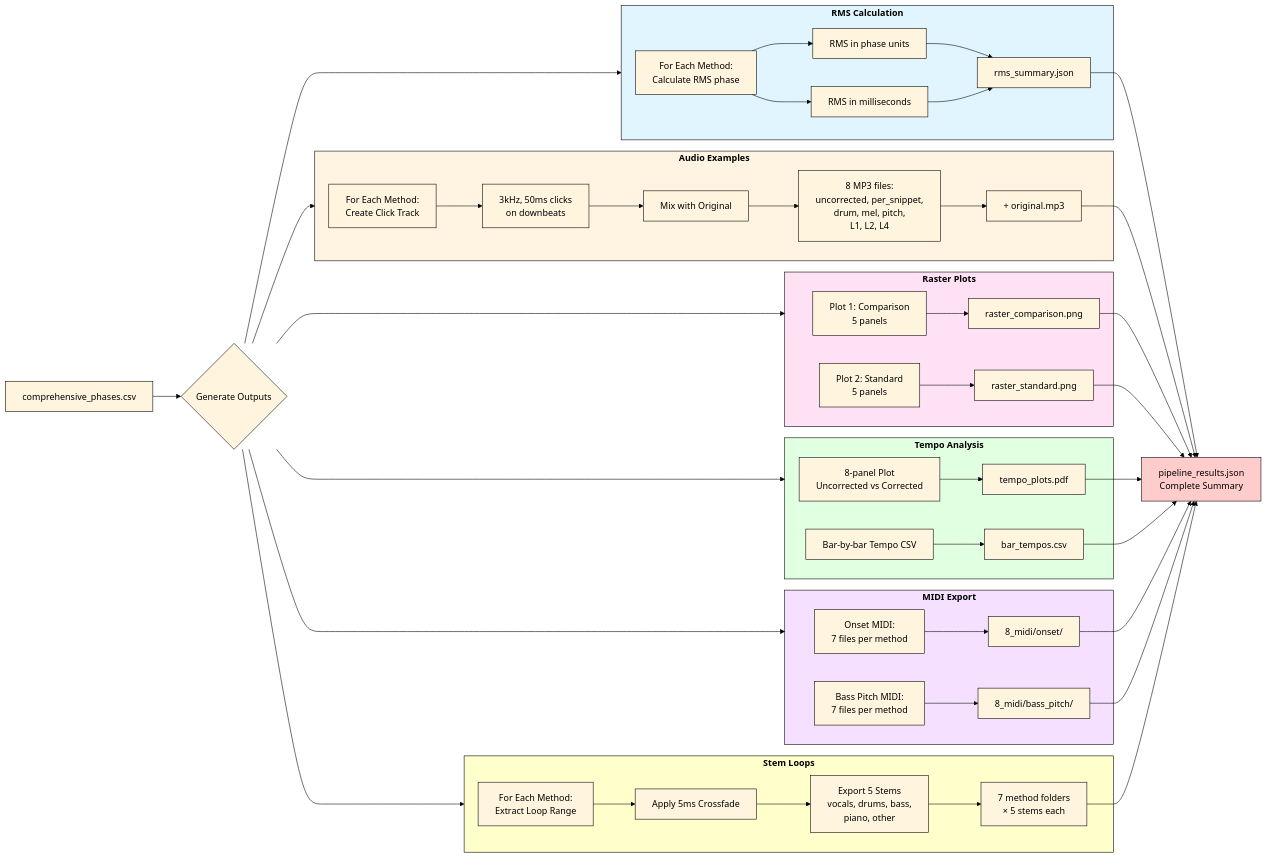
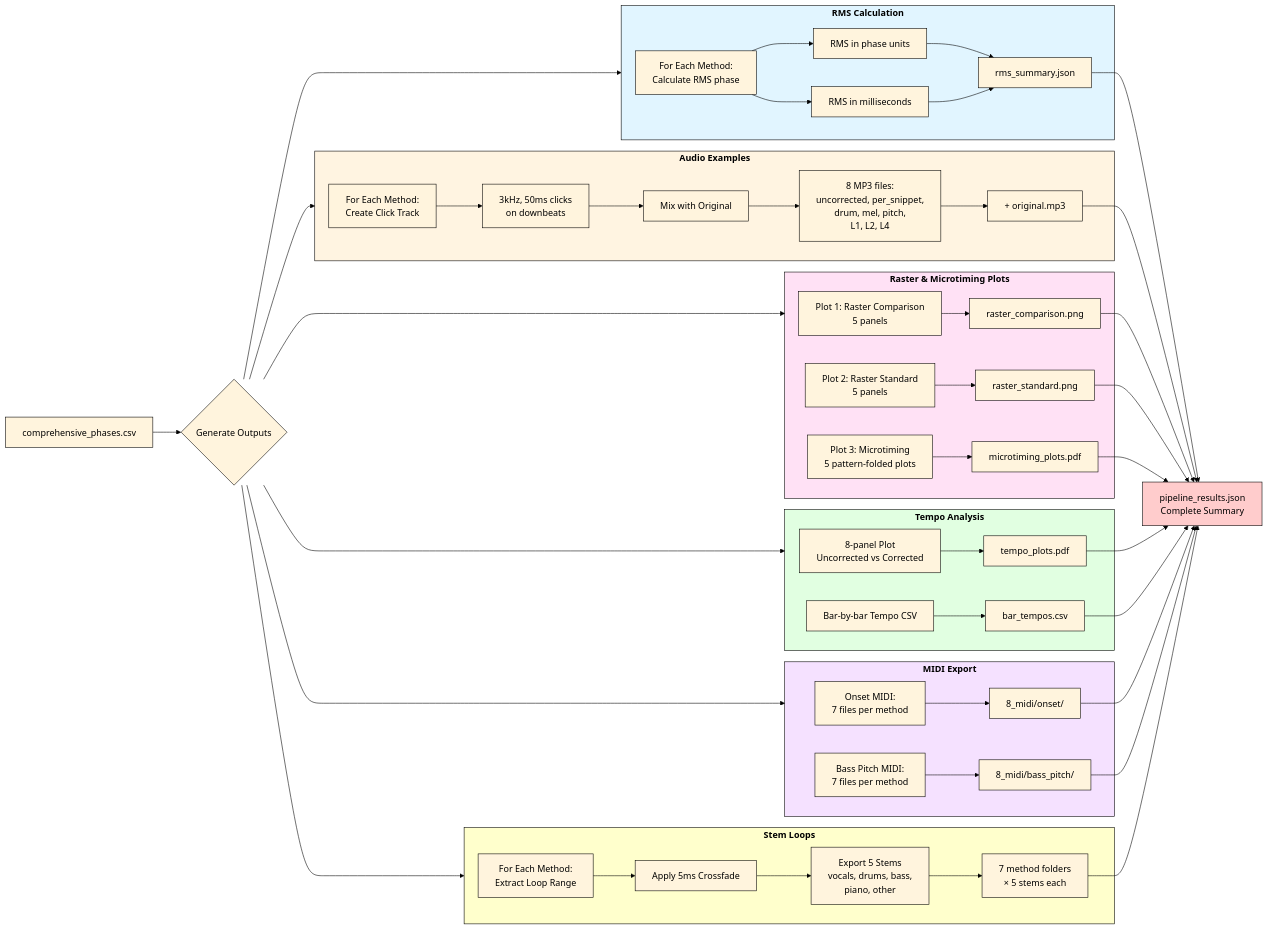
One commit to SanjaKrause/rhythm_analyser_prototype changed the ninth of 11 diagrams in PIPELINE_DIAGRAM.md. Above: the diagram before and after it, drawn with Mermaid. The commit also changed other lines of this file and 11 other files, not shown here.

````diff
--- a/PIPELINE_DIAGRAM.md
+++ b/PIPELINE_DIAGRAM.md
@@ -591,65 +592,67 @@
 ```mermaid
 %%{init: {'theme':'base', 'themeVariables': { 'primaryTextColor':'#000','primaryBorderColor':'#000','lineColor':'#000','clusterBorder':'#000','edgeLabelBackground':'#fff'}}}%%
 flowchart LR
     Input[comprehensive_phases.csv] --> Split{Generate Outputs}
 
     Split --> RMS
     Split --> Audio
     Split --> Plots
     Split --> Tempo
     Split --> MIDI
     Split --> Loops
 
     subgraph RMS["<b>RMS Calculation</b>"]
         R1[For Each Method:<br/>Calculate RMS phase] --> R2[RMS in phase units]
         R1 --> R3[RMS in milliseconds]
         R2 --> R4[rms_summary.json]
         R3 --> R4
     end
 
     subgraph Audio["<b>Audio Examples</b>"]
         A1[For Each Method:<br/>Create Click Track] --> A2[3kHz, 50ms clicks<br/>on downbeats]
         A2 --> A3[Mix with Original]
         A3 --> A4[8 MP3 files:<br/>uncorrected, per_snippet,<br/>drum, mel, pitch,<br/>L1, L2, L4]
         A4 --> A5[+ original.mp3]
     end
 
-    subgraph Plots["<b>Raster Plots</b>"]
-        P1[Plot 1: Comparison<br/>5 panels] --> P4[raster_comparison.png]
-        P2[Plot 2: Standard<br/>5 panels] --> P5[raster_standard.png]
+    subgraph Plots["<b>Raster & Microtiming Plots</b>"]
+        P1[Plot 1: Raster Comparison<br/>5 panels] --> P4[raster_comparison.png]
+        P2[Plot 2: Raster Standard<br/>5 panels] --> P5[raster_standard.png]
+        P3[Plot 3: Microtiming<br/>5 pattern-folded plots] --> P6[microtiming_plots.pdf]
     end
 
     subgraph Tempo["<b>Tempo Analysis</b>"]
         T1[8-panel Plot<br/>Uncorrected vs Corrected] --> T3[tempo_plots.pdf]
         T2[Bar-by-bar Tempo CSV] --> T4[bar_tempos.csv]
     end
 
     subgraph MIDI["<b>MIDI Export</b>"]
         M1[Onset MIDI:<br/>7 files per method] --> M3[8_midi/onset/]
         M2[Bass Pitch MIDI:<br/>7 files per method] --> M4[8_midi/bass_pitch/]
     end
 
     subgraph Loops["<b>Stem Loops</b>"]
         L1[For Each Method:<br/>Extract Loop Range] --> L2[Apply 5ms Crossfade]
         L2 --> L3[Export 5 Stems<br/>vocals, drums, bass,<br/>piano, other]
         L3 --> L4[7 method folders<br/>× 5 stems each]
     end
 
     R4 --> Final
     A5 --> Final
     P4 --> Final
     P5 --> Final
+    P6 --> Final
     T3 --> Final
     T4 --> Final
     M3 --> Final
     M4 --> Final
     L4 --> Final[pipeline_results.json<br/>Complete Summary]
 
     style RMS fill:#e1f5ff,stroke:#000,color:#000
     style Audio fill:#fff4e1,stroke:#000,color:#000
     style Plots fill:#ffe1f5,stroke:#000,color:#000
     style Tempo fill:#e1ffe1,stroke:#000,color:#000
     style MIDI fill:#f5e1ff,stroke:#000,color:#000
     style Loops fill:#ffffcc,stroke:#000,color:#000
     style Final fill:#ffcccc,stroke:#000,color:#000
 ```
````
